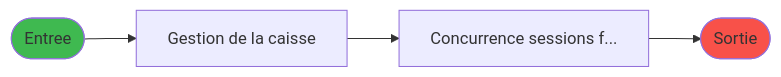
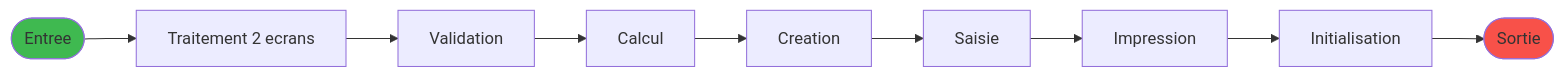
Before and after one commit to thonyAGP/lecteur-magic: the first of 3 diagrams in .openspec/specs/ADH-IDE-121.md, drawn with Mermaid. The commit also changed other lines of this file and 29 other files, not shown here.

````diff
--- a/.openspec/specs/ADH-IDE-121.md
+++ b/.openspec/specs/ADH-IDE-121.md
@@ -134,12 +148,22 @@
 ```mermaid
 flowchart LR
     START([Entree])
     style START fill:#3fb950
-    F1[Gestion de la caisse]
-    F2[Concurrence sessions f...]
+    B1[Traitement 2 ecrans]
+    B2[Validation]
+    B3[Calcul]
+    B4[Creation]
+    B5[Saisie]
+    B6[Impression]
+    B7[Initialisation]
     FIN([Sortie])
     style FIN fill:#f85149
-    START --> F1
-    F1 --> F2
-    F2 --> FIN
+    START --> B1
+    B1 --> B2
+    B2 --> B3
+    B3 --> B4
+    B4 --> B5
+    B5 --> B6
+    B6 --> B7
+    B7 --> FIN
 ```
````
